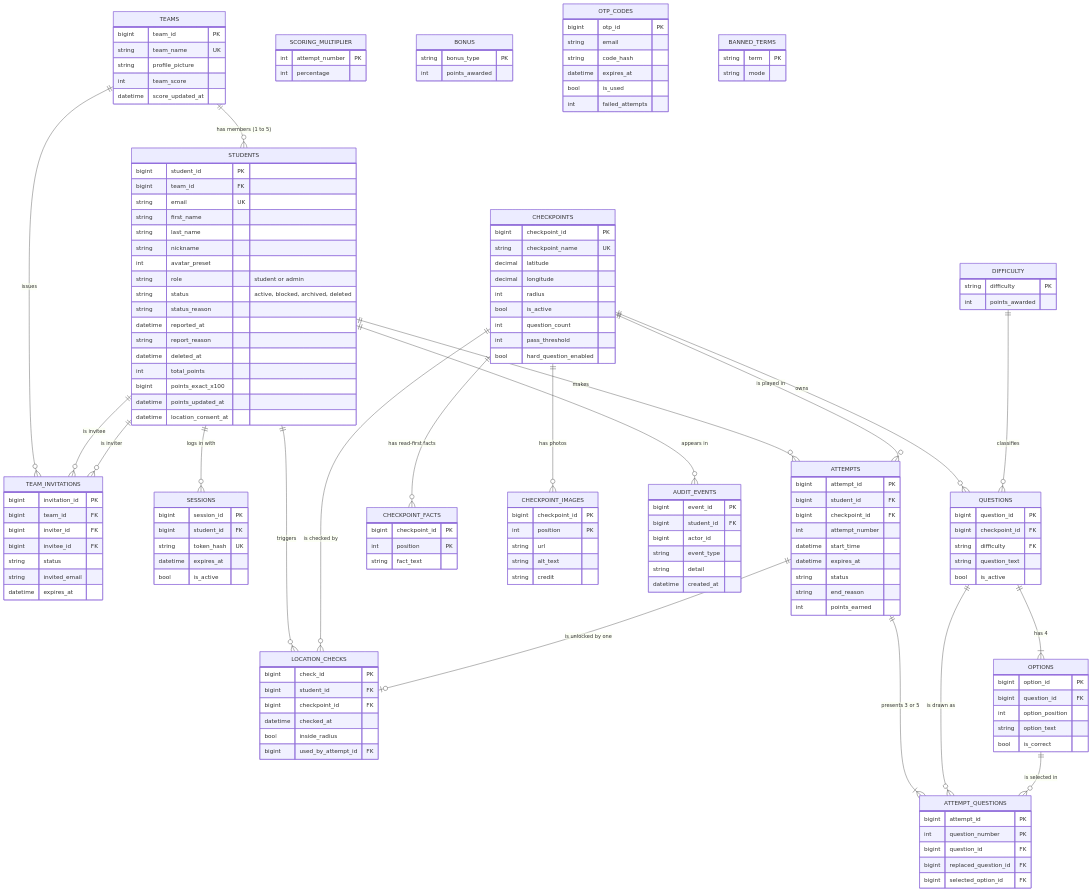
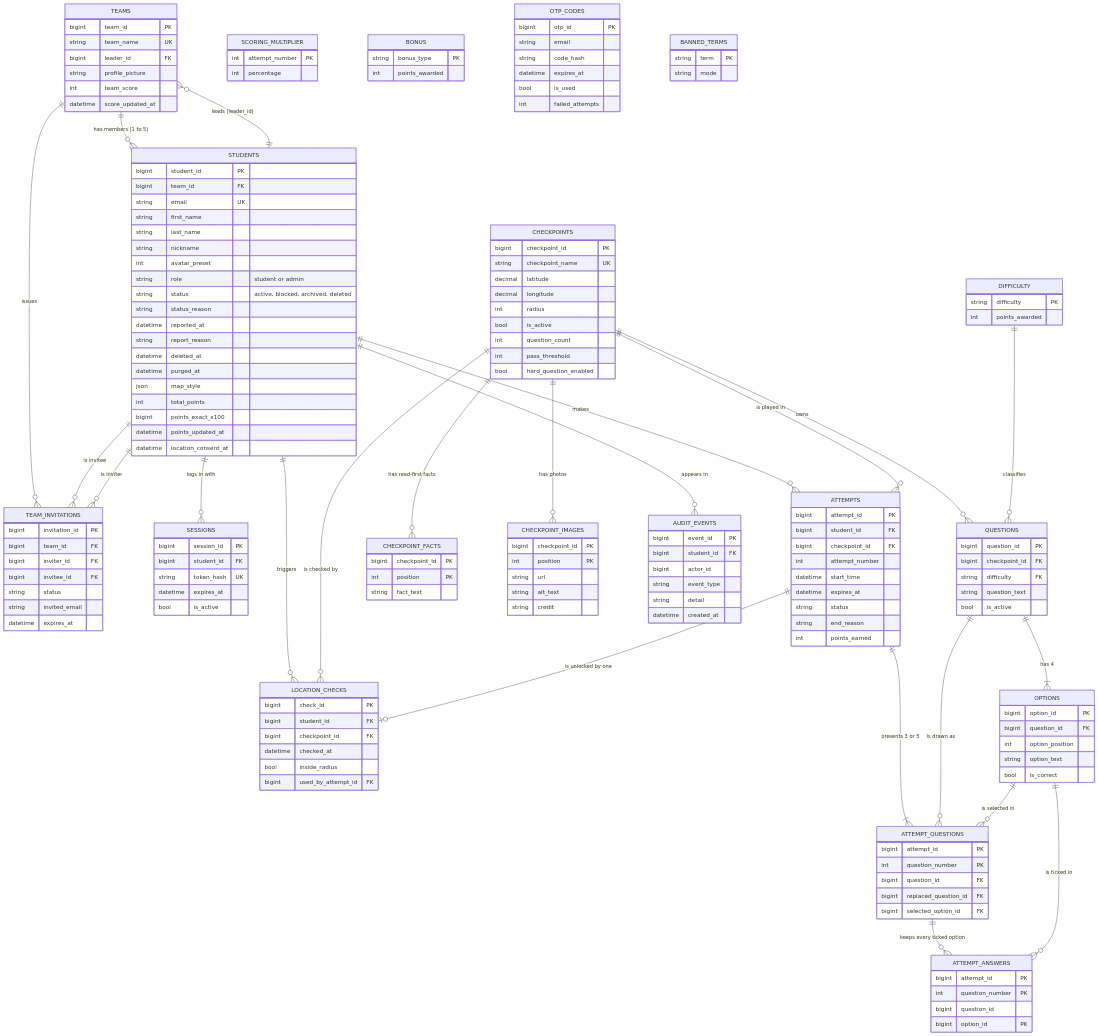
The diagram in design/er-diagram.md (CZPS-ds3/CampusGo), drawn with Mermaid before and after one commit. The commit also changed other lines of this file and 79 other files, not shown here.

```diff
--- a/design/er-diagram.md
+++ b/design/er-diagram.md
@@ -23,6 +23,9 @@
     QUESTIONS ||--o{ ATTEMPT_QUESTIONS : "is drawn as"
     OPTIONS ||--o{ ATTEMPT_QUESTIONS : "is selected in"
     ATTEMPTS ||--o| LOCATION_CHECKS : "is unlocked by one"
+    ATTEMPT_QUESTIONS ||--o{ ATTEMPT_ANSWERS : "keeps every ticked option"
+    OPTIONS ||--o{ ATTEMPT_ANSWERS : "is ticked in"
+    STUDENTS ||--o{ TEAMS : "leads (leader_id)"
     SCORING_MULTIPLIER {
         int attempt_number PK
         int percentage
@@ -38,6 +41,7 @@
     TEAMS {
         bigint team_id PK
         string team_name UK
+        bigint leader_id FK
         string profile_picture
         int team_score
         datetime score_updated_at
@@ -56,10 +60,18 @@
         datetime reported_at
         string report_reason
         datetime deleted_at
+        datetime purged_at
+        json map_style
         int total_points
         bigint points_exact_x100
         datetime points_updated_at
         datetime location_consent_at
+    }
+    ATTEMPT_ANSWERS {
+        bigint attempt_id PK
+        int question_number PK
+        bigint question_id
+        bigint option_id PK
     }
     OTP_CODES {
         bigint otp_id PK
```
